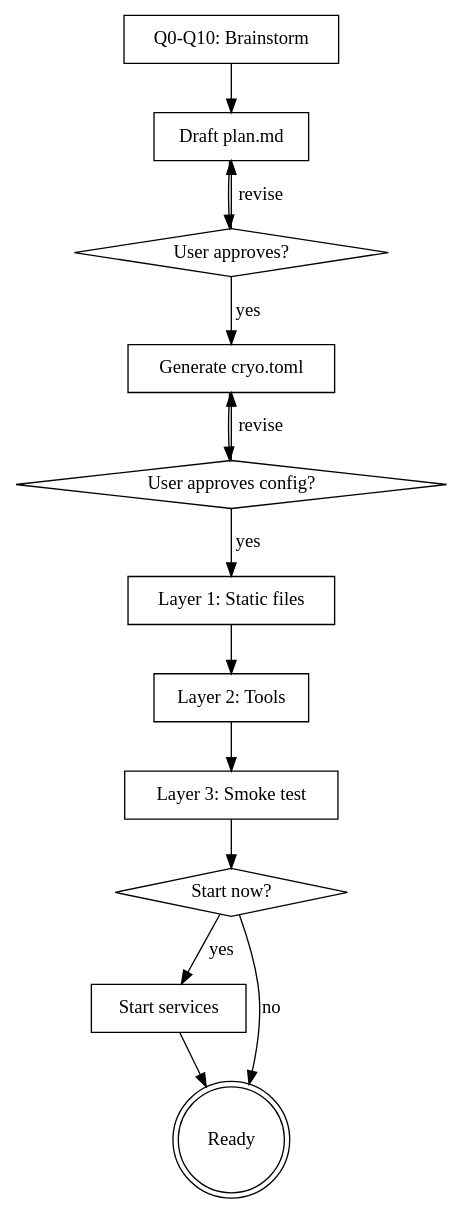
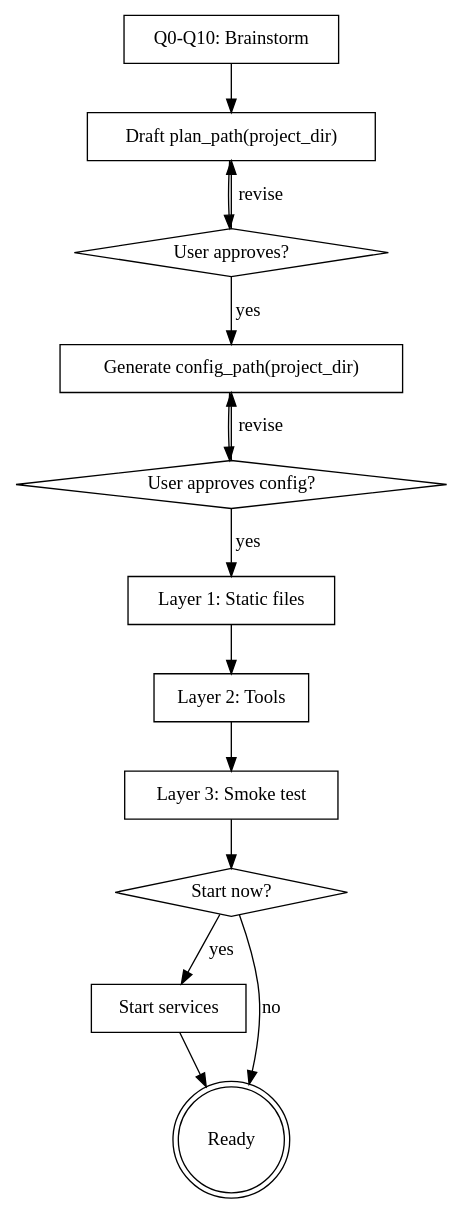
Before and after one commit to GiggleLiu/cryochamber: the diagram in .claude/skills/make-plan/SKILL.md, drawn with Graphviz. The commit also changed other lines of this file and 15 other files, not shown here.

````diff
--- a/.claude/skills/make-plan/SKILL.md
+++ b/.claude/skills/make-plan/SKILL.md
@@ -207,29 +257,29 @@
 ```dot
 digraph cryo_create {
     "Q0-Q10: Brainstorm" [shape=box];
-    "Draft plan.md" [shape=box];
+    "Draft plan_path(project_dir)" [shape=box];
     "User approves?" [shape=diamond];
-    "Generate cryo.toml" [shape=box];
+    "Generate config_path(project_dir)" [shape=box];
     "User approves config?" [shape=diamond];
     "Layer 1: Static files" [shape=box];
     "Layer 2: Tools" [shape=box];
     "Layer 3: Smoke test" [shape=box];
     "Start now?" [shape=diamond];
     "Start services" [shape=box];
     "Ready" [shape=doublecircle];
 
-    "Q0-Q10: Brainstorm" -> "Draft plan.md";
-    "Draft plan.md" -> "User approves?";
-    "User approves?" -> "Draft plan.md" [label="revise"];
-    "User approves?" -> "Generate cryo.toml" [label="yes"];
-    "Generate cryo.toml" -> "User approves config?";
-    "User approves config?" -> "Generate cryo.toml" [label="revise"];
+    "Q0-Q10: Brainstorm" -> "Draft plan_path(project_dir)";
+    "Draft plan_path(project_dir)" -> "User approves?";
+    "User approves?" -> "Draft plan_path(project_dir)" [label="revise"];
+    "User approves?" -> "Generate config_path(project_dir)" [label="yes"];
+    "Generate config_path(project_dir)" -> "User approves config?";
+    "User approves config?" -> "Generate config_path(project_dir)" [label="revise"];
     "User approves config?" -> "Layer 1: Static files" [label="yes"];
     "Layer 1: Static files" -> "Layer 2: Tools";
     "Layer 2: Tools" -> "Layer 3: Smoke test";
     "Layer 3: Smoke test" -> "Start now?";
     "Start now?" -> "Start services" [label="yes"];
     "Start now?" -> "Ready" [label="no"];
     "Start services" -> "Ready";
 }
 ```
````
